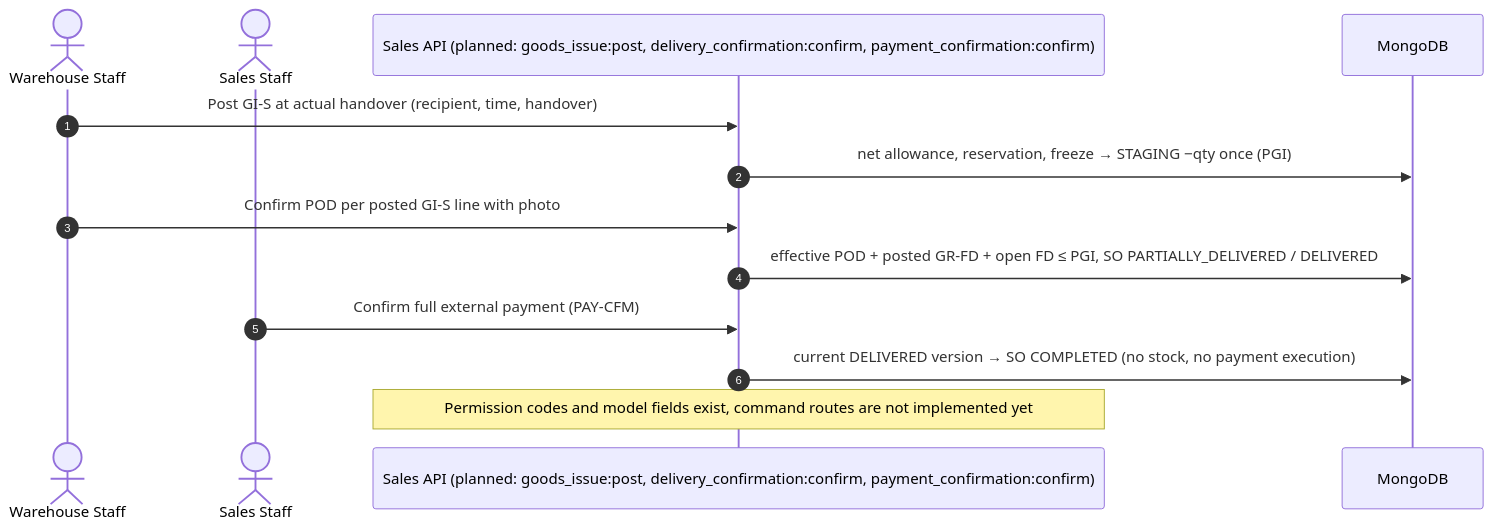
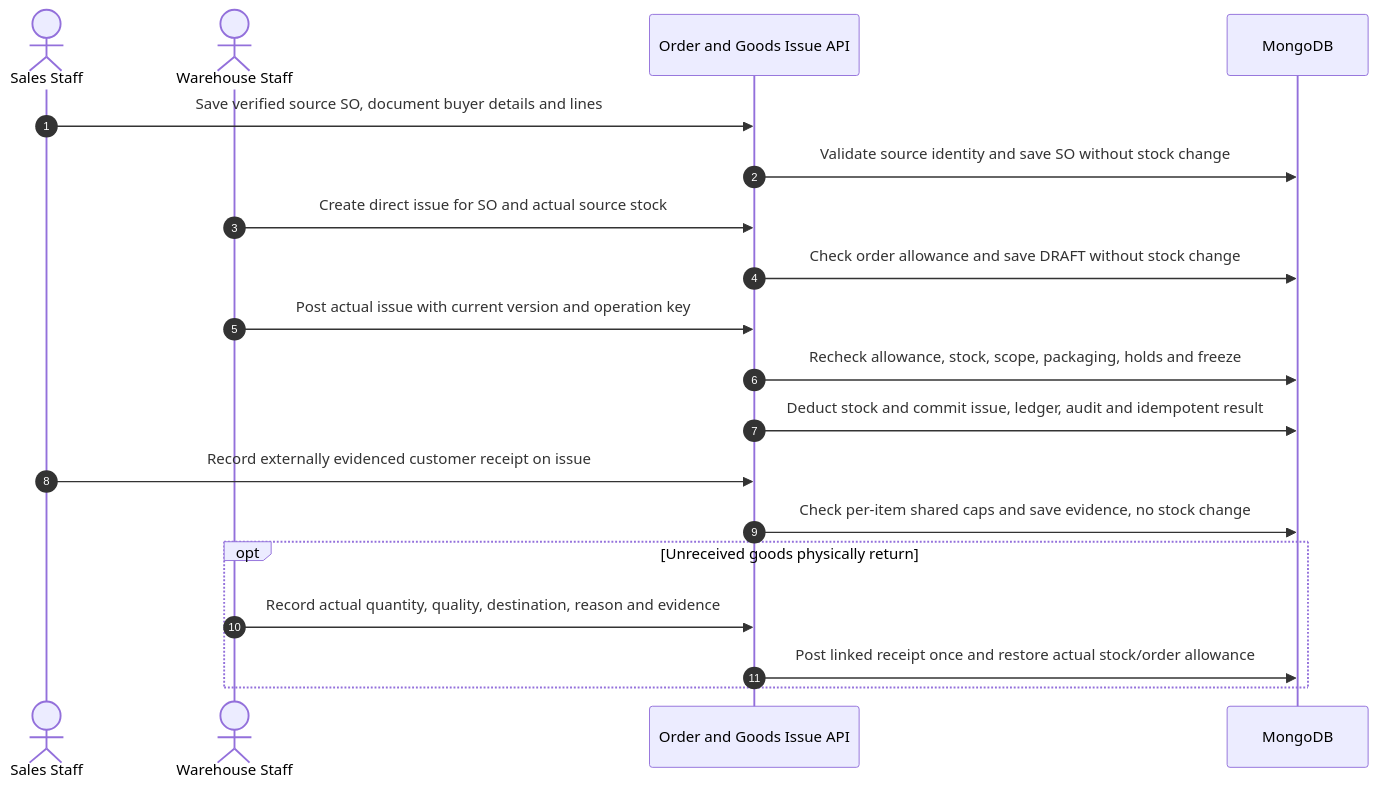
One commit to bupbalabup/wmsd_be changed diagram 23 of 28 in git_doc/docs/01_bao_cao/WMSD_Report4_Draft.md. Above: the diagram before and after it, drawn with Mermaid. The commit also changed other lines of this file and 33 other files, not shown here.

````diff
--- a/git_doc/docs/01_bao_cao/WMSD_Report4_Draft.md
+++ b/git_doc/docs/01_bao_cao/WMSD_Report4_Draft.md
@@ -2659,15 +2412,21 @@
 ```mermaid
 sequenceDiagram
   autonumber
+  actor SA as Sales Staff
   actor W as Warehouse Staff
-  actor SA as Sales Staff
-  participant API as Sales API (planned: goods_issue:post, delivery_confirmation:confirm, payment_confirmation:confirm)
+  participant API as Order and Goods Issue API
   participant DB as MongoDB
-  W->>API: Post GI-S at actual handover (recipient, time, handover)
-  API->>DB: net allowance, reservation, freeze → STAGING −qty once (PGI)
-  W->>API: Confirm POD per posted GI-S line with photo
-  API->>DB: effective POD + posted GR-FD + open FD ≤ PGI, SO PARTIALLY_DELIVERED / DELIVERED
-  SA->>API: Confirm full external payment (PAY-CFM)
-  API->>DB: current DELIVERED version → SO COMPLETED (no stock, no payment execution)
-  Note over API: Permission codes and model fields exist, command routes are not implemented yet
+  SA->>API: Save verified source SO, document buyer details and lines
+  API->>DB: Validate source identity and save SO without stock change
+  W->>API: Create direct issue for SO and actual source stock
+  API->>DB: Check order allowance and save DRAFT without stock change
+  W->>API: Post actual issue with current version and operation key
+  API->>DB: Recheck allowance, stock, scope, packaging, holds and freeze
+  API->>DB: Deduct stock and commit issue, ledger, audit and idempotent result
+  SA->>API: Record externally evidenced customer receipt on issue
+  API->>DB: Check per-item shared caps and save evidence, no stock change
+  opt Unreceived goods physically return
+    W->>API: Record actual quantity, quality, destination, reason and evidence
+    API->>DB: Post linked receipt once and restore actual stock/order allowance
+  end
 ```
````
